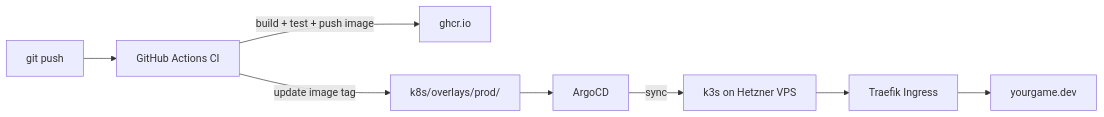
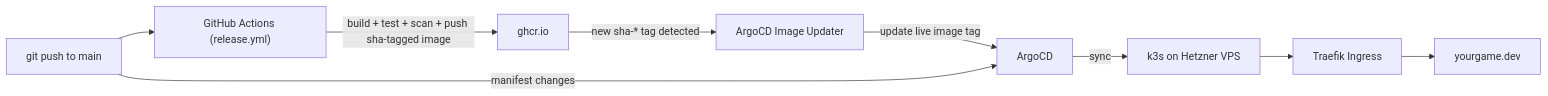
The second of 2 diagrams in PLAN.md (fibbonacciBear/multGame), drawn with Mermaid before and after one commit. The commit also changed other lines of this file and 1 other file, not shown here.

````diff
--- a/PLAN.md
+++ b/PLAN.md
@@ -344,10 +390,11 @@
 ```mermaid
 flowchart LR
-  GitPush[git push] --> CI["GitHub Actions CI"]
-  CI -->|"build + test + push image"| GHCR["ghcr.io"]
-  CI -->|"update image tag"| KustomizeOverlay["k8s/overlays/prod/"]
-  KustomizeOverlay --> ArgoCD
+  GitPush["git push to main"] --> CI["GitHub Actions (release.yml)"]
+  CI -->|"build + test + scan + push sha-tagged image"| GHCR["ghcr.io"]
+  GHCR -->|"new sha-* tag detected"| ImageUpdater["ArgoCD Image Updater"]
+  ImageUpdater -->|"update live image tag"| ArgoCD
+  GitPush -->|"manifest changes"| ArgoCD
   ArgoCD -->|"sync"| k3sCluster["k3s on Hetzner VPS"]
   k3sCluster --> Traefik["Traefik Ingress"]
   Traefik --> Internet["yourgame.dev"]
 ```
````
